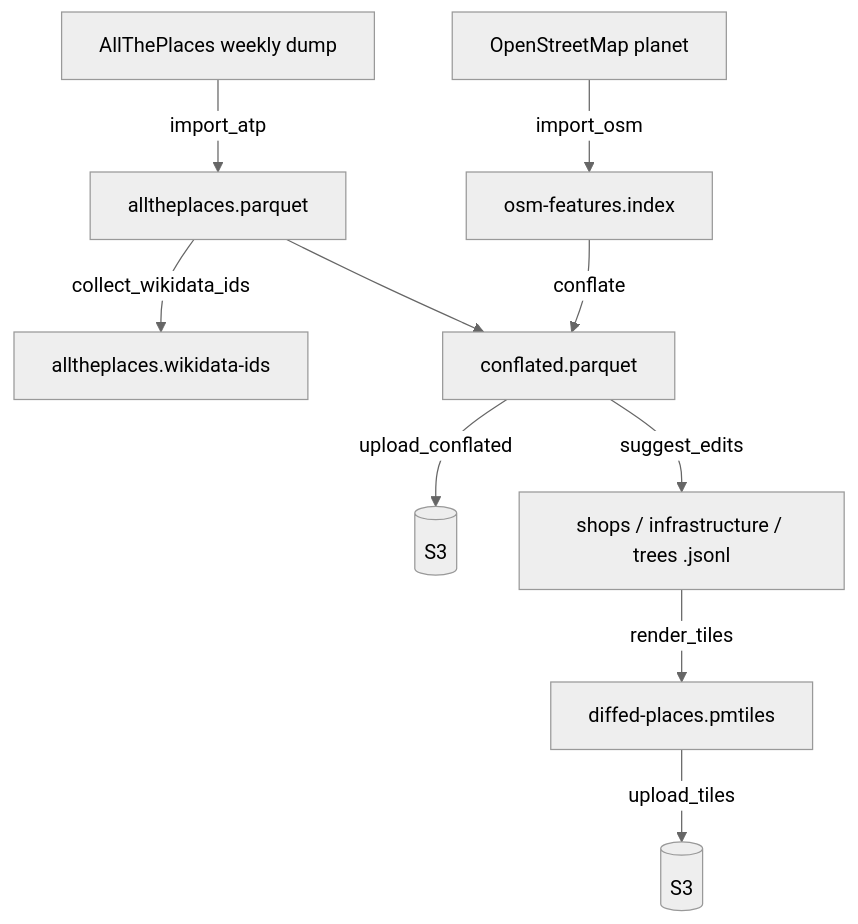
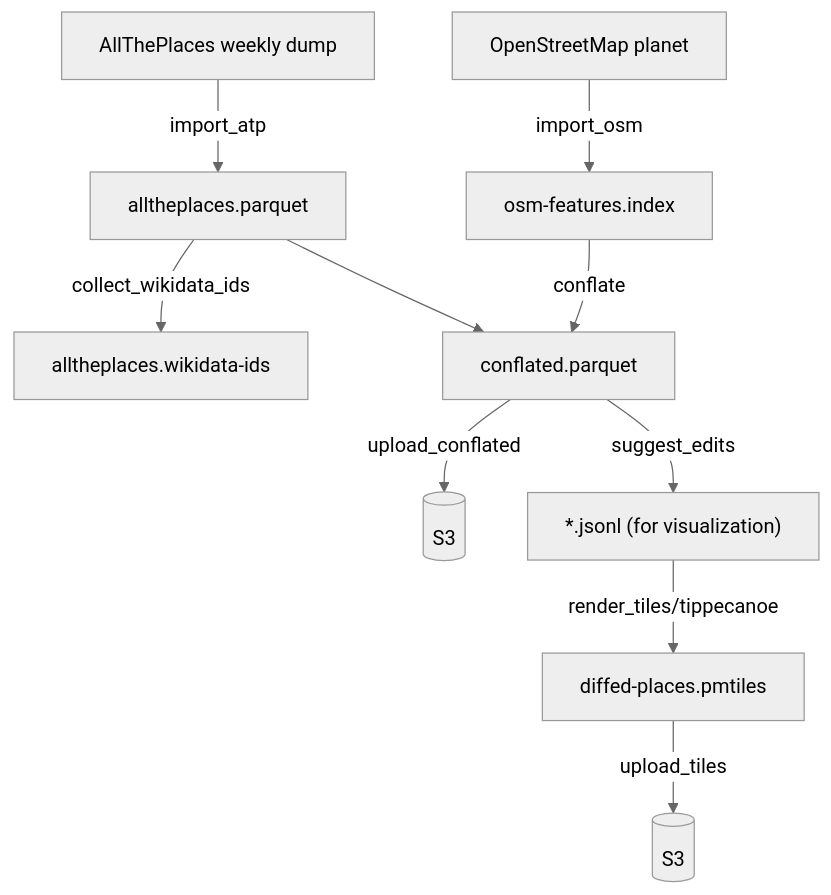
Before and after one commit to alltheplaces/osm-diffs: the diagram in docs/TECHNICAL_DESIGN.md, drawn with Mermaid (neutral theme).

Commit message:
docs/TECHNICAL_DESIGN.md: simplify diagram labels (*.jsonl, render_tiles/tippecanoe)

````diff
--- a/docs/TECHNICAL_DESIGN.md
+++ b/docs/TECHNICAL_DESIGN.md
@@ -161,17 +161,17 @@
 ```mermaid
 graph TD
     ATP_SRC[AllThePlaces weekly dump]
     OSM_SRC[OpenStreetMap planet]
 
     ATP_SRC -->|import_atp| ATP_PARQUET[alltheplaces.parquet]
     ATP_PARQUET -->|collect_wikidata_ids| WIKIDATA[alltheplaces.wikidata-ids]
 
     OSM_SRC -->|import_osm| OSM_INDEX[osm-features.index]
 
     ATP_PARQUET --> CONFLATE
     OSM_INDEX -->|conflate| CONFLATE[conflated.parquet]
     CONFLATE -->|upload_conflated| S3A[(S3)]
-    CONFLATE -->|suggest_edits| LAYERS[shops / infrastructure / trees .jsonl]
-    LAYERS -->|render_tiles| PMTILES[diffed-places.pmtiles]
+    CONFLATE -->|suggest_edits| LAYERS["*.jsonl (for visualization)"]
+    LAYERS -->|render_tiles/tippecanoe| PMTILES[diffed-places.pmtiles]
     PMTILES -->|upload_tiles| S3B[(S3)]
 ```
````
